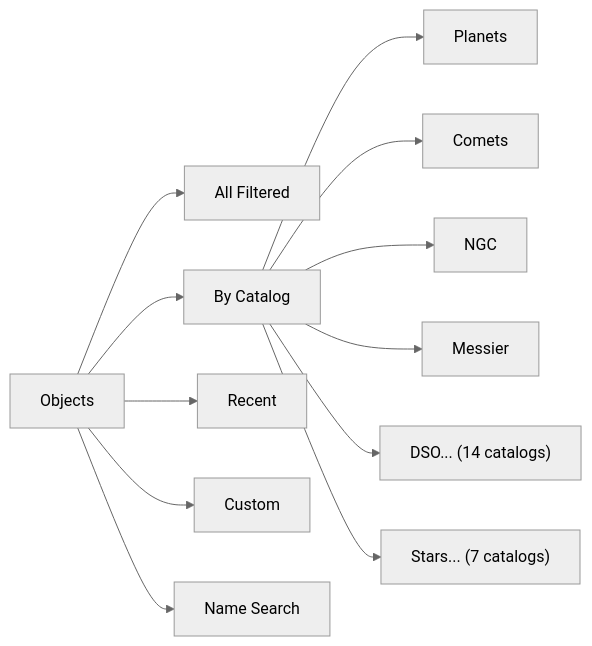
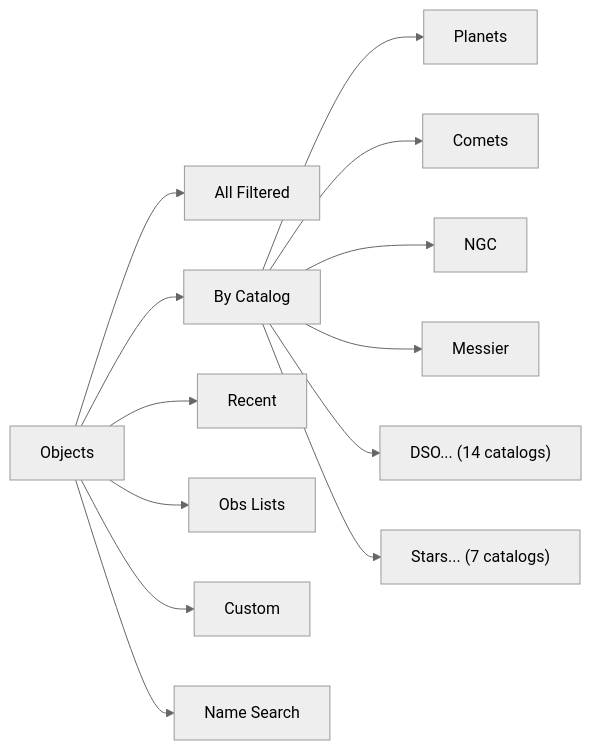
Before and after one commit to brickbots/PiFinder: the third of 6 diagrams in docs/source/menu_map.rst, drawn with Mermaid (neutral theme). The commit also changed other lines of this file and 5 other files, not shown here.

```diff
--- a/docs/source/menu_map.rst
+++ b/docs/source/menu_map.rst
@@ -78,14 +78,15 @@
 .. mermaid::
 
    flowchart LR
        Objects --> AF["All Filtered"]
        Objects --> BC["By Catalog"]
        Objects --> Recent
+       Objects --> OL["Obs Lists"]
        Objects --> Custom
        Objects --> NS["Name Search"]
        BC --> Planets
        BC --> Comets
        BC --> NGC
        BC --> Messier
        BC --> DSO["DSO... (14 catalogs)"]
        BC --> Stars["Stars... (7 catalogs)"]
```
